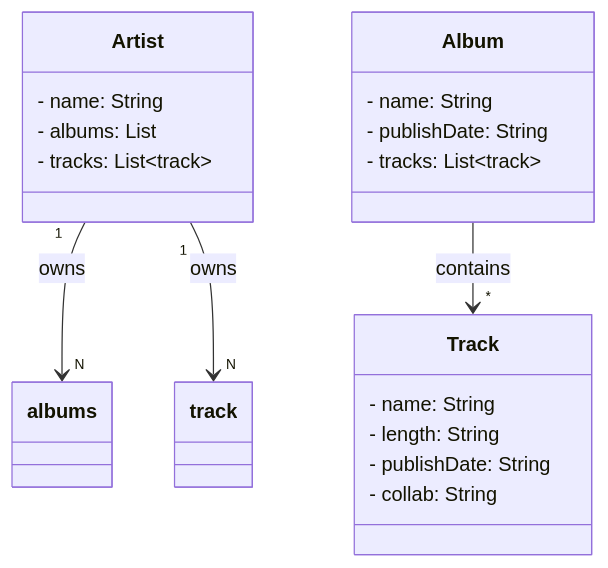
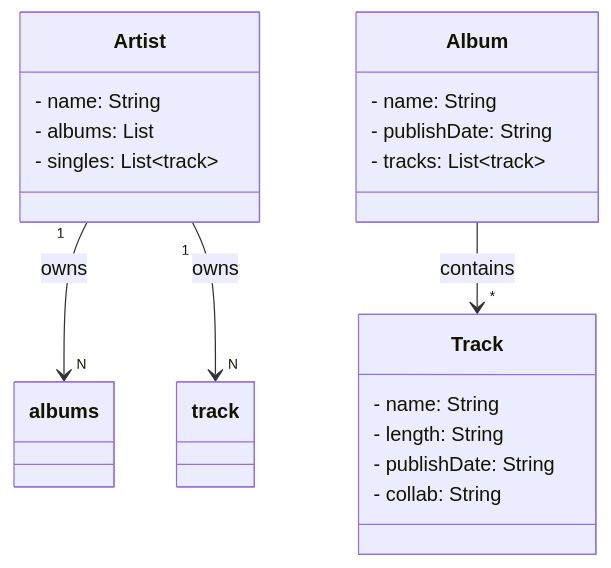
One commit to Fak3z0rd/santander-dev-week-2023 changed the diagram in README.md. Above: the diagram before and after it, drawn with Mermaid.

````diff
--- a/README.md
+++ b/README.md
@@ -7,26 +7,26 @@
 ```mermaid
 classDiagram
   class Artist {
     - name: String
     - albums: List<Album>
-    - tracks: List<Track>
+    - singles: List<Track>
   }
 
   class Album {
     - name: String
     - publishDate: String
     - tracks: List<Track>
   }
 
   class Track {
     - name: String
     - length: String
     - publishDate: String
     - collab: String
   }
 
 
   Artist "1" --> "N" albums : owns
   Artist "1" --> "N" track : owns
   Album --> "*" Track : contains
 ```
````
